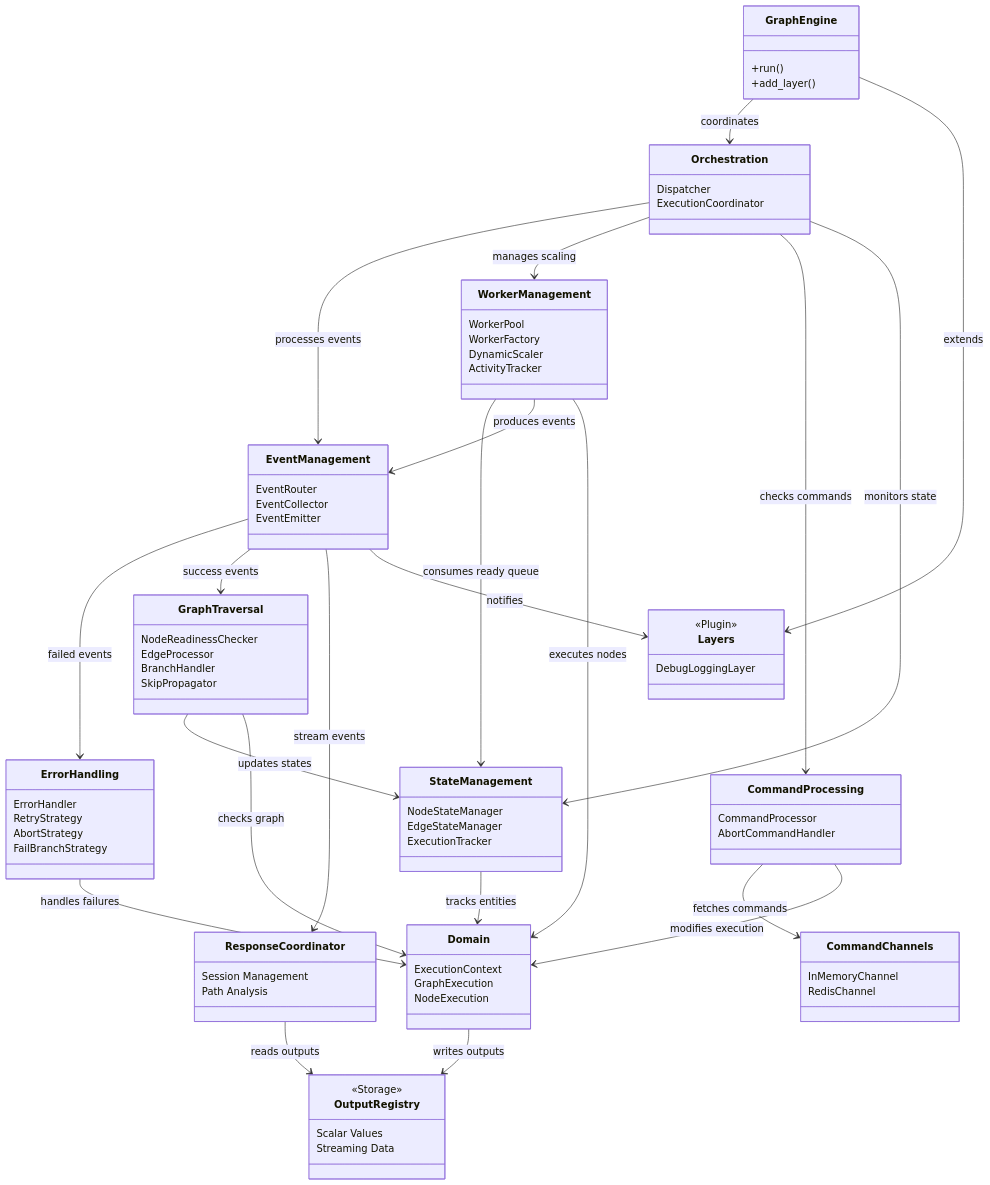
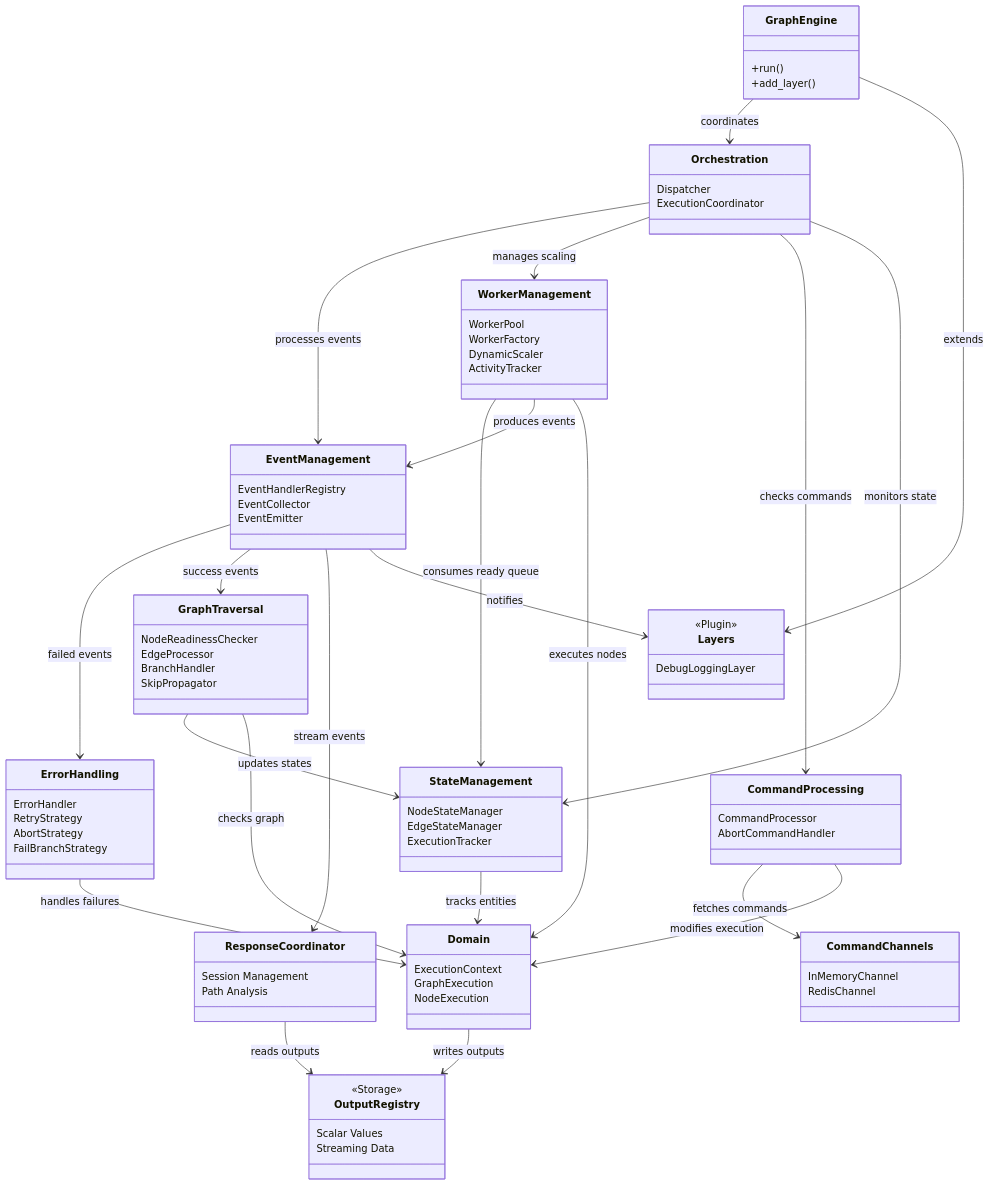
Before and after one commit to langgenius/dify: the diagram in api/core/workflow/graph_engine/README.md, drawn with Mermaid. The commit also changed other lines of this file and 9 other files, not shown here.

Commit message:
refactor: remove event router

```diff
--- a/api/core/workflow/graph_engine/README.md
+++ b/api/core/workflow/graph_engine/README.md
@@ -40,7 +40,7 @@
     }
     
     class EventManagement {
-        EventRouter
+        EventHandlerRegistry
         EventCollector
         EventEmitter
     }
```
